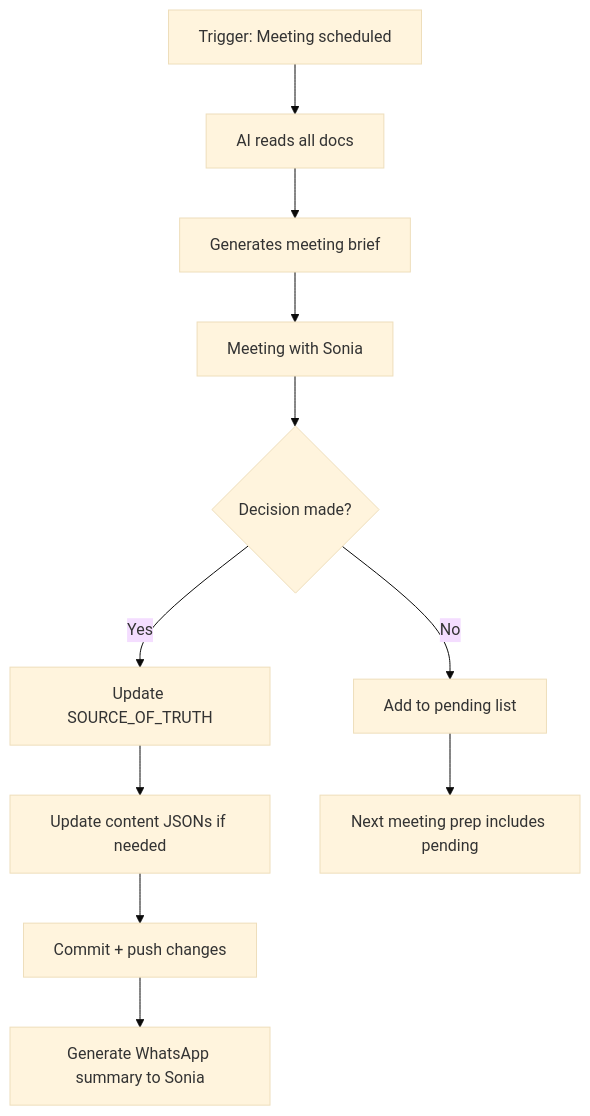
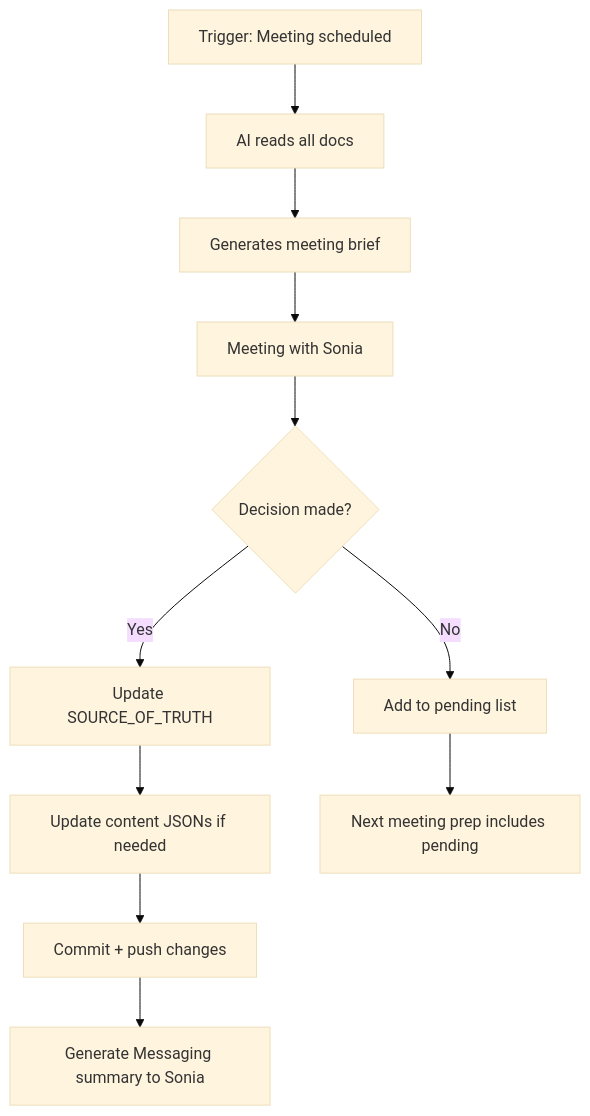
The diagram in docs/02-site/specs/ai-meeting-system-design.md (Ai-Whisperers/nexa-paraguay), drawn with Mermaid (base theme) before and after one commit. The commit also changed other lines of this file and 80 other files, not shown here.

Commit message:
compliance: scrub WhatsApp trademark from 81 files

````diff
--- a/docs/02-site/specs/ai-meeting-system-design.md
+++ b/docs/02-site/specs/ai-meeting-system-design.md
@@ -161,13 +161,13 @@
 ```mermaid
 flowchart TD
     A[Trigger: Meeting scheduled] --> B[AI reads all docs]
     B --> C[Generates meeting brief]
     C --> D[Meeting with Sonia]
     D --> E{Decision made?}
     E -->|Yes| F[Update SOURCE_OF_TRUTH]
     E -->|No| G[Add to pending list]
     F --> H[Update content JSONs if needed]
     H --> I[Commit + push changes]
     G --> J[Next meeting prep includes pending]
-    I --> K[Generate WhatsApp summary to Sonia]
+    I --> K[Generate Messaging summary to Sonia]
 ```
````
